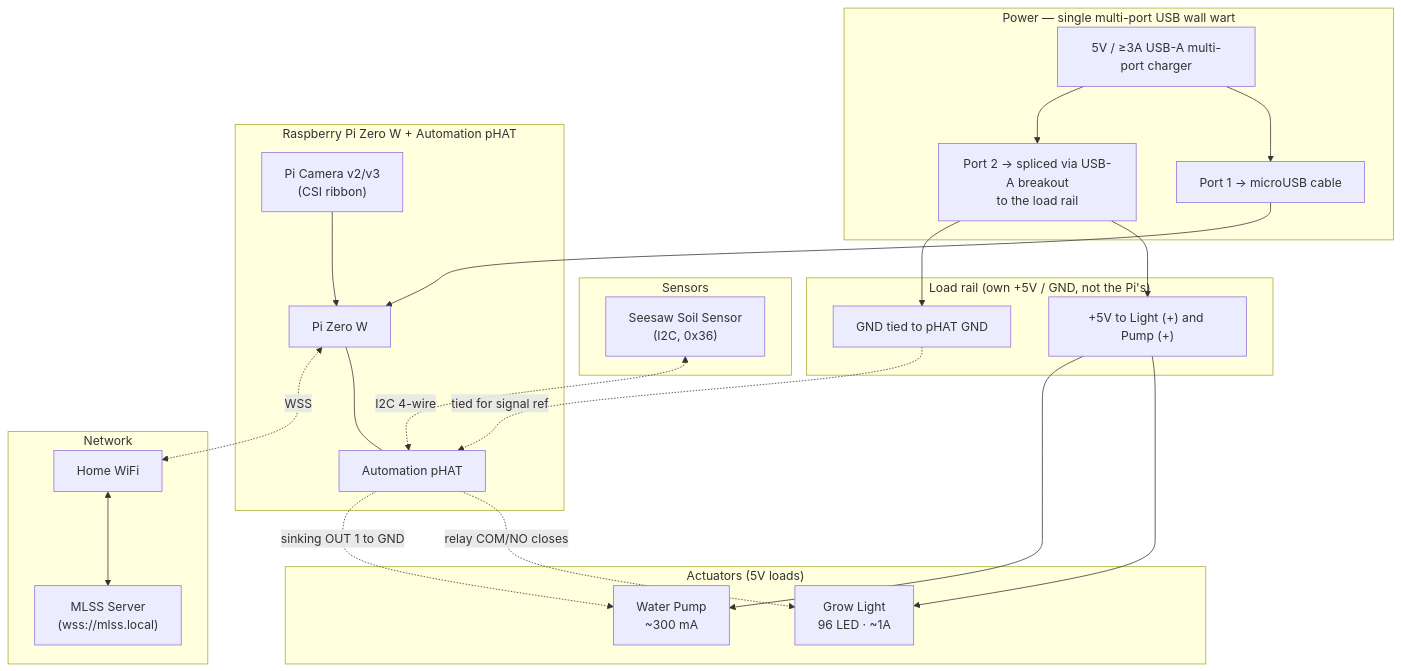
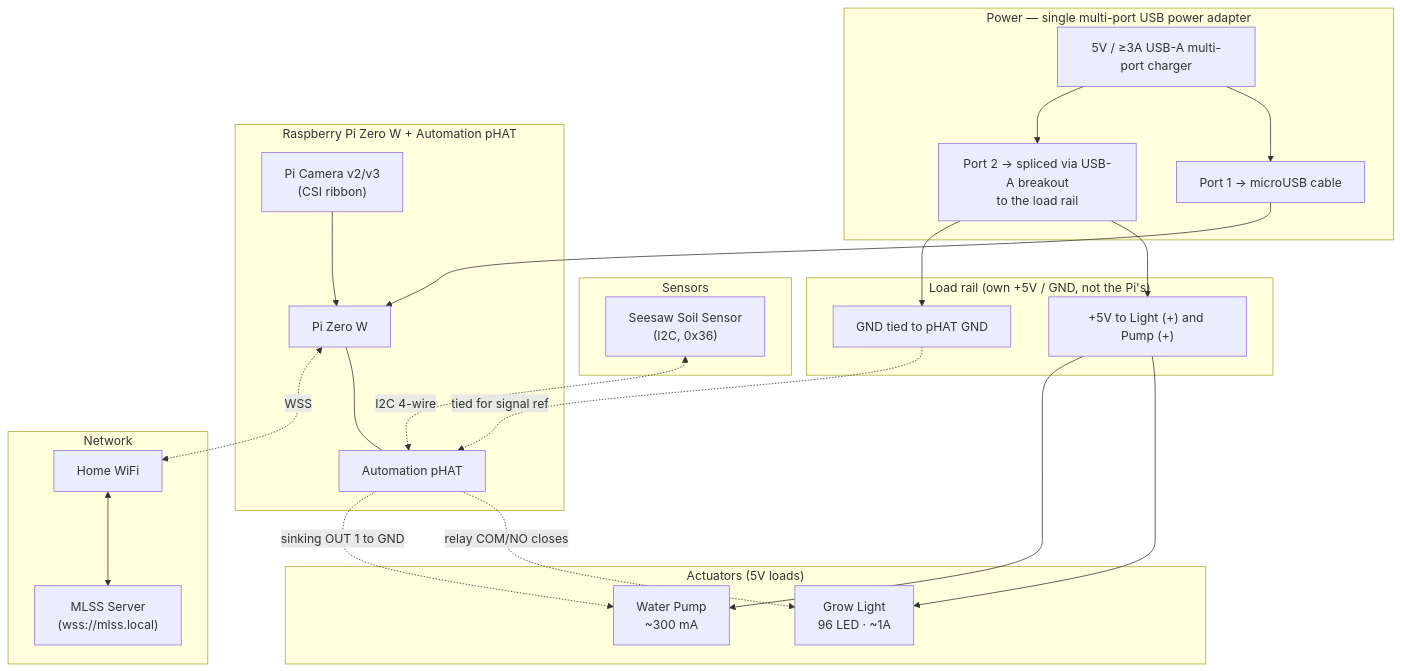
The diagram in docs/PLANT_GROW_UNIT_HARDWARE.md (Ryan-be/mars-air-quility), drawn with Mermaid before and after one commit. The commit also changed other lines of this file and 1 other file, not shown here.

First line of the commit message:
Docs: terminology sweep "wall wart" → "USB power adapter"

````diff
--- a/docs/PLANT_GROW_UNIT_HARDWARE.md
+++ b/docs/PLANT_GROW_UNIT_HARDWARE.md
@@ -43,49 +43,49 @@
 ```mermaid
 flowchart TB
-    subgraph PowerBlock["Power — single multi-port USB wall wart"]
+    subgraph PowerBlock["Power — single multi-port USB power adapter"]
         PSU["5V / ≥3A USB-A multi-port charger"]
         PortPi["Port 1 → microUSB cable"]
         PortLoad["Port 2 → spliced via USB-A breakout<br/>to the load rail"]
         PSU --> PortPi
         PSU --> PortLoad
     end
 
     subgraph PiZero["Raspberry Pi Zero W + Automation pHAT"]
         Pi["Pi Zero W"]
         pHAT["Automation pHAT"]
         Cam["Pi Camera v2/v3<br/>(CSI ribbon)"]
     end
 
     subgraph Sensors["Sensors"]
         Soil["Seesaw Soil Sensor<br/>(I2C, 0x36)"]
     end
 
     subgraph LoadRail["Load rail (own +5V / GND, not the Pi's)"]
         Plus5V["+5V to Light (+) and Pump (+)"]
         Gnd["GND tied to pHAT GND"]
     end
 
     subgraph Actuators["Actuators (5V loads)"]
         Light["Grow Light<br/>96 LED · ~1A"]
         Pump["Water Pump<br/>~300 mA"]
     end
 
     subgraph NetworkBlock["Network"]
         WiFi["Home WiFi"]
         MLSS["MLSS Server<br/>(wss://mlss.local)"]
     end
 
     PortPi --> Pi
     PortLoad --> Plus5V
     PortLoad --> Gnd
     Plus5V --> Light
     Plus5V --> Pump
     pHAT -.relay COM/NO closes.-> Light
     pHAT -.sinking OUT 1 to GND.-> Pump
     Pi --- pHAT
     Cam --> Pi
     Soil <-.I2C 4-wire.-> pHAT
     Gnd -.tied for signal ref.-> pHAT
     Pi <-.WSS.-> WiFi
     WiFi <--> MLSS
 ```
````
